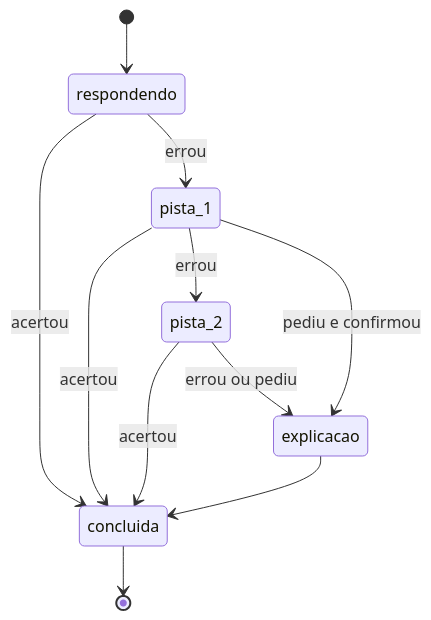
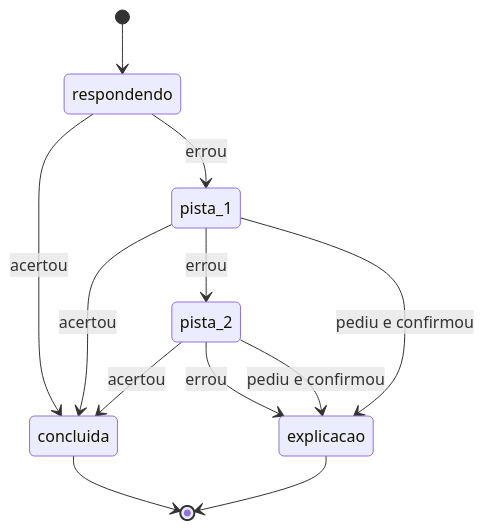
The second of 3 diagrams in docs/ARQUITETURA.md (sabrinasiilva/pista-enem), drawn with Mermaid before and after one commit. The commit also changed other lines of this file and 31 other files, not shown here.

````diff
--- a/docs/ARQUITETURA.md
+++ b/docs/ARQUITETURA.md
@@ -34,13 +34,14 @@
 ```mermaid
 stateDiagram-v2
     [*] --> respondendo
     respondendo --> concluida: acertou
     respondendo --> pista_1: errou
     pista_1 --> concluida: acertou
     pista_1 --> pista_2: errou
     pista_2 --> concluida: acertou
-    pista_2 --> explicacao: errou ou pediu
+    pista_2 --> explicacao: errou
     pista_1 --> explicacao: pediu e confirmou
-    explicacao --> concluida
+    pista_2 --> explicacao: pediu e confirmou
+    explicacao --> [*]
     concluida --> [*]
 ```
````
